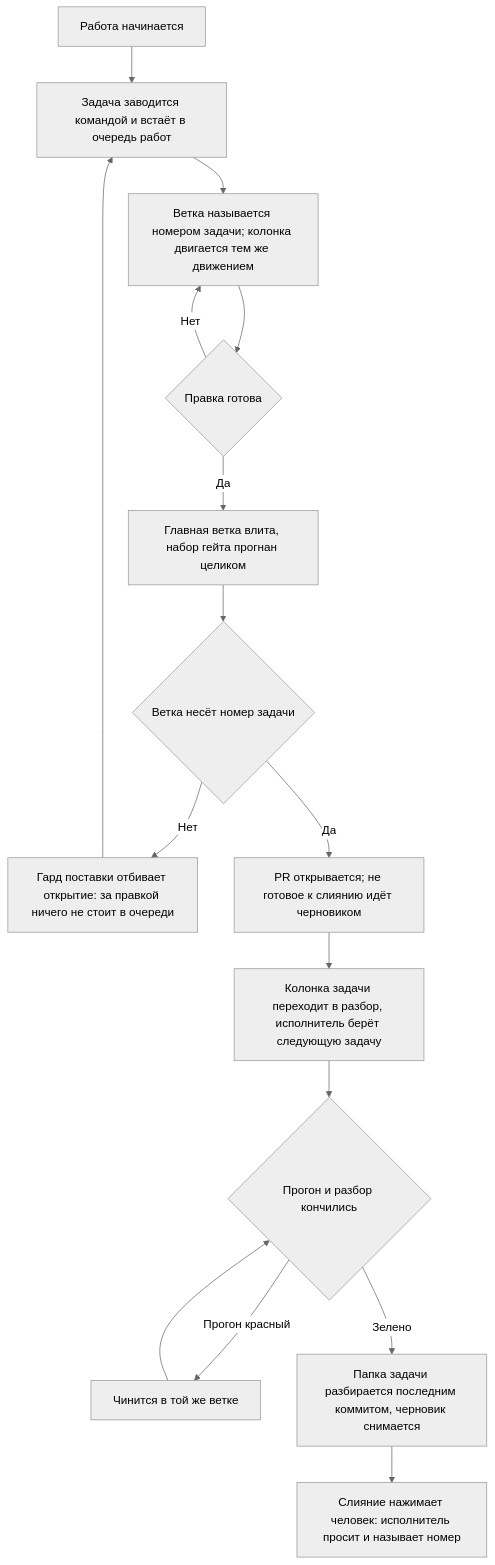
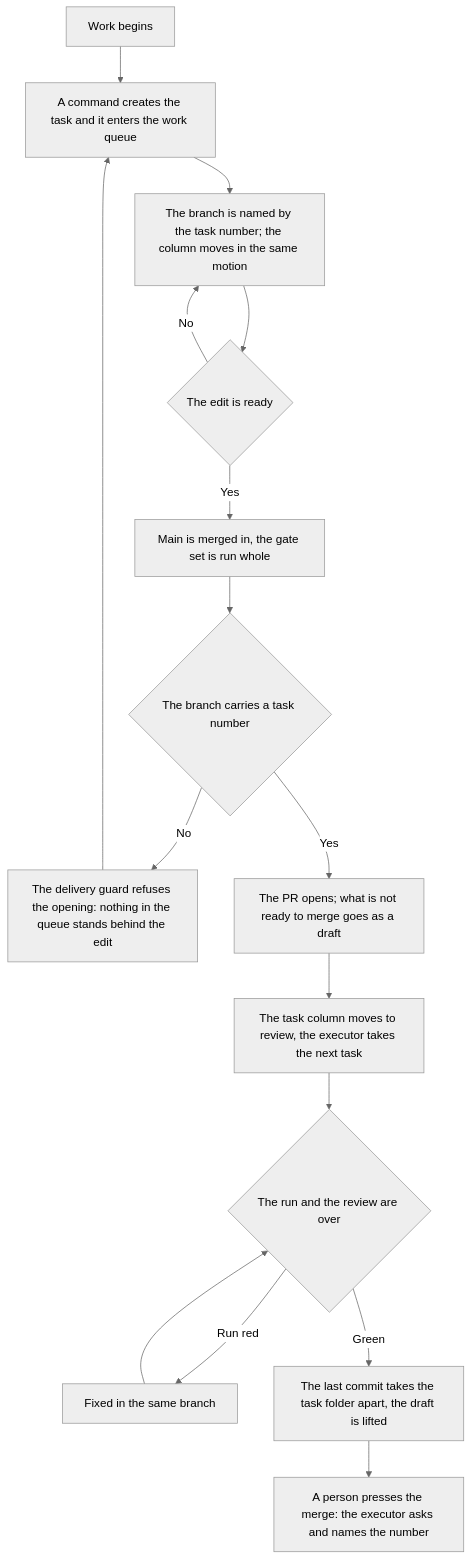
Before and after one commit to Eyhenij/rt-tools: the diagram in .claude/skills/git-workflow/SKILL.md, drawn with Mermaid (neutral theme). The commit also changed other lines of this file and 71 other files, not shown here.

````diff
--- a/.claude/skills/git-workflow/SKILL.md
+++ b/.claude/skills/git-workflow/SKILL.md
@@ -45,18 +45,18 @@
 ```mermaid
 flowchart TD
-    A[Работа начинается] --> B[Задача заводится командой и встаёт в очередь работ]
-    B --> C[Ветка называется номером задачи; колонка двигается тем же движением]
-    C --> D{Правка готова}
-    D -->|Нет| C
-    D -->|Да| E[Главная ветка влита, набор гейта прогнан целиком]
-    E --> F{Ветка несёт номер задачи}
-    F -->|Нет| G[Гард поставки отбивает открытие: за правкой ничего не стоит в очереди]
-    F -->|Да| H[PR открывается; не готовое к слиянию идёт черновиком]
-    H --> I[Колонка задачи переходит в разбор, исполнитель берёт следующую задачу]
-    I --> J{Прогон и разбор кончились}
-    J -->|Прогон красный| K[Чинится в той же ветке]
+    A[Work begins] --> B[A command creates the task and it enters the work queue]
+    B --> C[The branch is named by the task number; the column moves in the same motion]
+    C --> D{The edit is ready}
+    D -->|No| C
+    D -->|Yes| E[Main is merged in, the gate set is run whole]
+    E --> F{The branch carries a task number}
+    F -->|No| G[The delivery guard refuses the opening: nothing in the queue stands behind the edit]
+    F -->|Yes| H[The PR opens; what is not ready to merge goes as a draft]
+    H --> I[The task column moves to review, the executor takes the next task]
+    I --> J{The run and the review are over}
+    J -->|Run red| K[Fixed in the same branch]
     K --> J
-    J -->|Зелено| L[Папка задачи разбирается последним коммитом, черновик снимается]
-    L --> M[Слияние нажимает человек: исполнитель просит и называет номер]
+    J -->|Green| L[The last commit takes the task folder apart, the draft is lifted]
+    L --> M[A person presses the merge: the executor asks and names the number]
     G --> B
 ```
````
